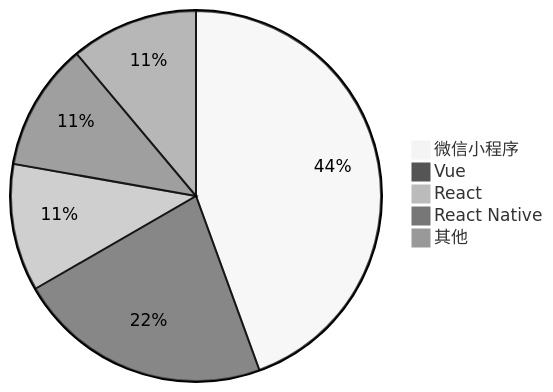
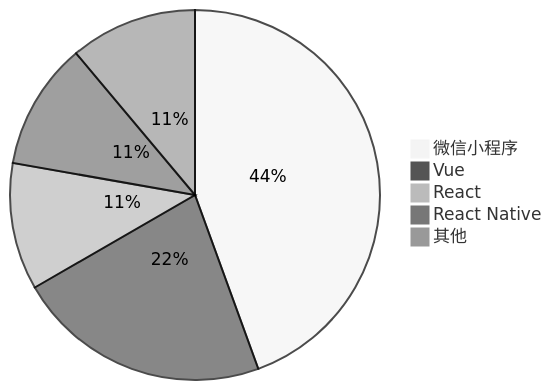
The second of 2 diagrams in src/about.md (lijunlin2022/blog), drawn with Mermaid before and after one commit. The commit also changed 1 other file, not shown here.

Commit message:
feat: update about blog and mdbook mermaid blog

````diff
--- a/src/about.md
+++ b/src/about.md
@@ -17,9 +17,9 @@
 ```mermaid
-%%{init: { 'logLevel': 'debug', 'theme': 'neutral' } }%%
+%%{init: { 'pie' : { 'textPosition': 0.4 },'logLevel': 'debug', 'theme': 'neutral', 'themeVariables': { 'pieOuterStrokeWidth' : '0px' } } }%%
 pie
   "微信小程序" : 40
   "Vue" : 20
   "React" : 10
   "React Native" : 10
   "其他" : 10
 ```
````
